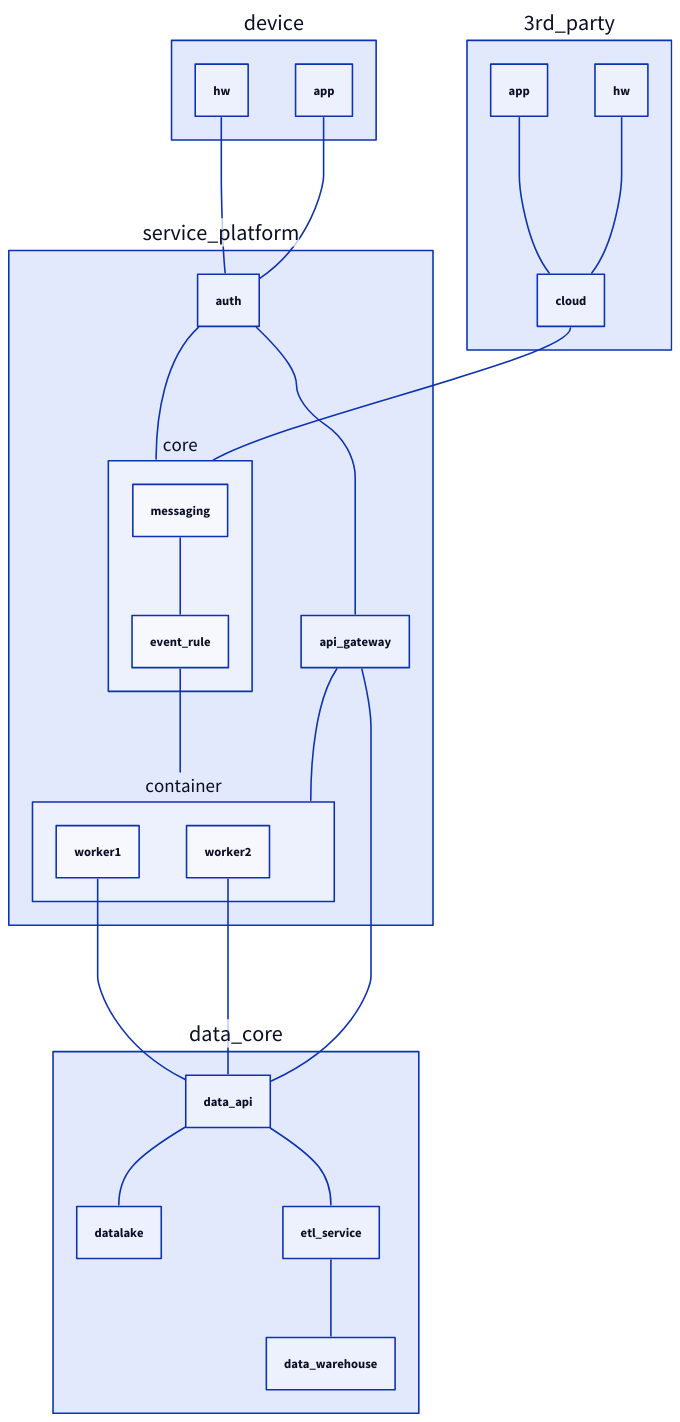
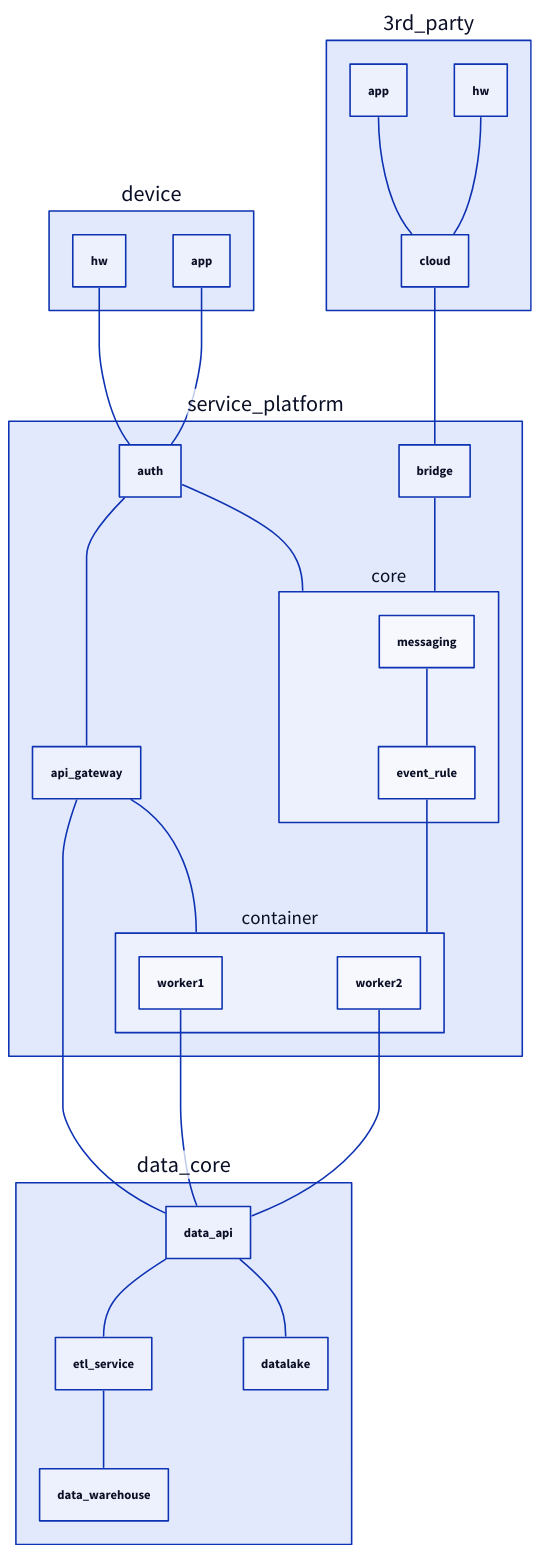
The diagram in _posts/2024-11-01-message-architecture-and-operational-design.md (devchan64/devchan64.github.io), drawn with D2 before and after one commit. The commit also changed 1 other file, not shown here.

Commit message:
문서 오류 수정

````diff
--- a/_posts/2024-11-01-message-architecture-and-operational-design.md
+++ b/_posts/2024-11-01-message-architecture-and-operational-design.md
@@ -70,21 +70,21 @@
 ```d2
 device.hw -- service_platform.auth -- service_platform.core
 device.app -- service_platform.auth -- service_platform.api_gateway
 
 3rd_party.app -- 3rd_party.cloud
 3rd_party.hw -- 3rd_party.cloud
-3rd_party.cloud -- service_platform.core
+3rd_party.cloud -- service_platform.bridge -- service_platform.core
 
 service_platform.core.messaging -- service_platform.core.event_rule
 service_platform.core.event_rule -- service_platform.container
 
 service_platform.api_gateway -- service_platform.container
 service_platform.api_gateway -- data_core.data_api
 
 service_platform.container.worker1 -- data_core.data_api
 service_platform.container.worker2 -- data_core.data_api
 
 data_core.data_api -- data_core.datalake
 data_core.data_api -- data_core.etl_service
 data_core.etl_service -- data_core.data_warehouse
 ```
````
